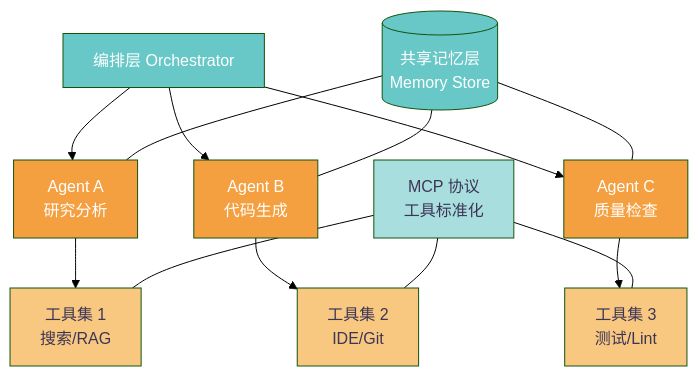
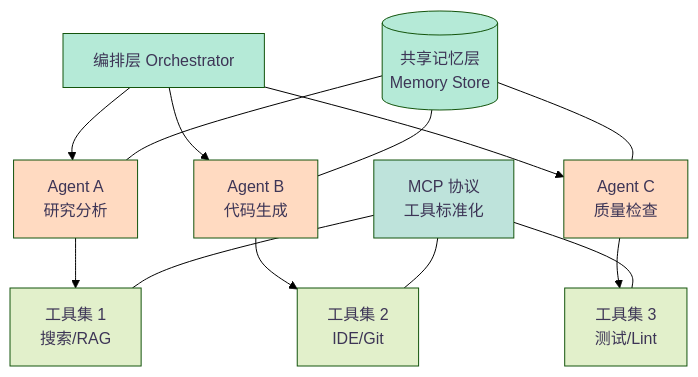
The ninth of 12 diagrams in _posts/2026-04-15-ai-agent.md (caoping0623/caoping0623.github.io), drawn with Mermaid (forest theme) before and after one commit. The commit also changed other lines of this file, not shown here.

First line of the commit message:
style: update all mermaid diagram node colors to macaron (pastel) palette

```diff
--- a/_posts/2026-04-15-ai-agent.md
+++ b/_posts/2026-04-15-ai-agent.md
@@ -322,28 +322,28 @@
 <div class="mermaid">
 graph TB
     O[编排层 Orchestrator] --> A1[Agent A<br/>研究分析]
     O --> A2[Agent B<br/>代码生成]
     O --> A3[Agent C<br/>质量检查]
 
     A1 --> T1[工具集 1<br/>搜索/RAG]
     A2 --> T2[工具集 2<br/>IDE/Git]
     A3 --> T3[工具集 3<br/>测试/Lint]
 
     MEM[(共享记忆层<br/>Memory Store)] --- A1
     MEM --- A2
     MEM --- A3
 
     MCP[MCP 协议<br/>工具标准化] --- T1
     MCP --- T2
     MCP --- T3
 
-    style O fill:#68c8c8,color:#ffffff
-    style A1 fill:#f5a040,color:#ffffff
-    style A2 fill:#f5a040,color:#ffffff
-    style A3 fill:#f5a040,color:#ffffff
-    style T1 fill:#f8c880,color:#3d3556
-    style T2 fill:#f8c880,color:#3d3556
-    style T3 fill:#f8c880,color:#3d3556
-    style MEM fill:#68c8c8,color:#ffffff
-    style MCP fill:#a8dede,color:#3d3556
+    style O fill:#b5ead7,color:#3d3556
+    style A1 fill:#ffdac1,color:#3d3556
+    style A2 fill:#ffdac1,color:#3d3556
+    style A3 fill:#ffdac1,color:#3d3556
+    style T1 fill:#e2f0cb,color:#3d3556
+    style T2 fill:#e2f0cb,color:#3d3556
+    style T3 fill:#e2f0cb,color:#3d3556
+    style MEM fill:#b5ead7,color:#3d3556
+    style MCP fill:#bee3db,color:#3d3556
 </div>
```
